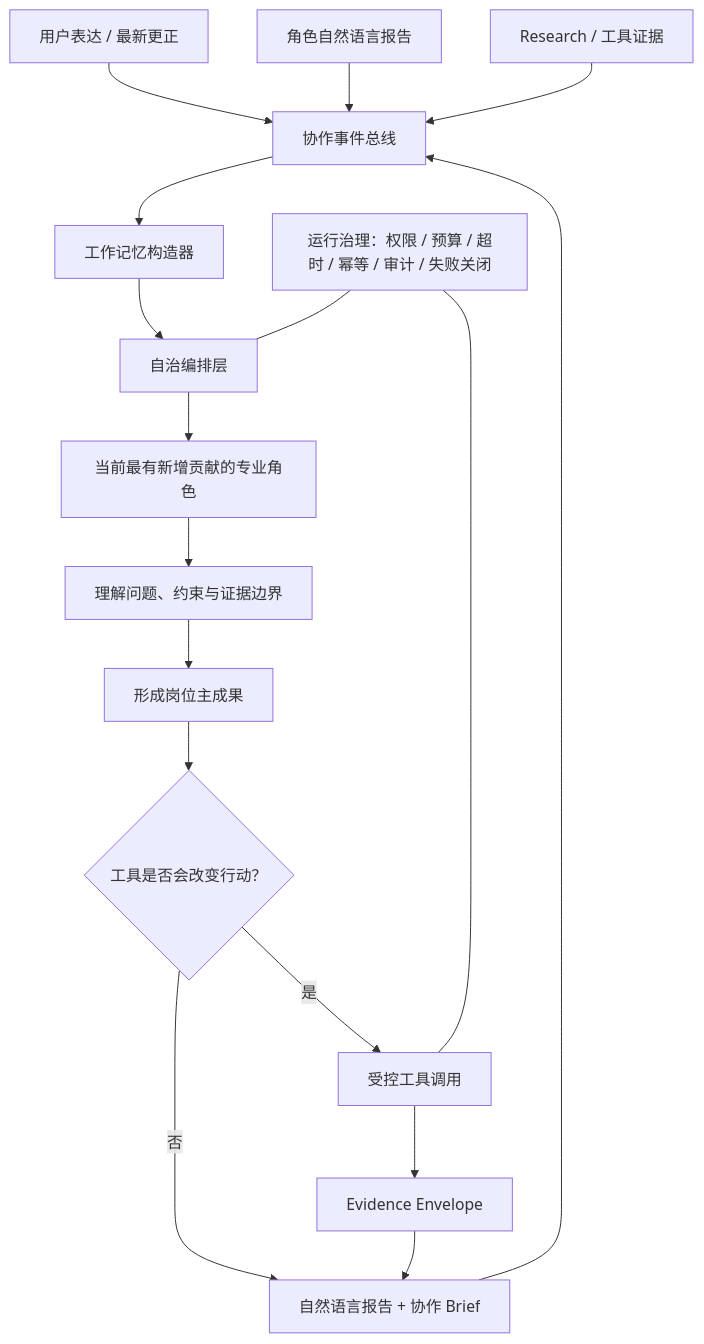
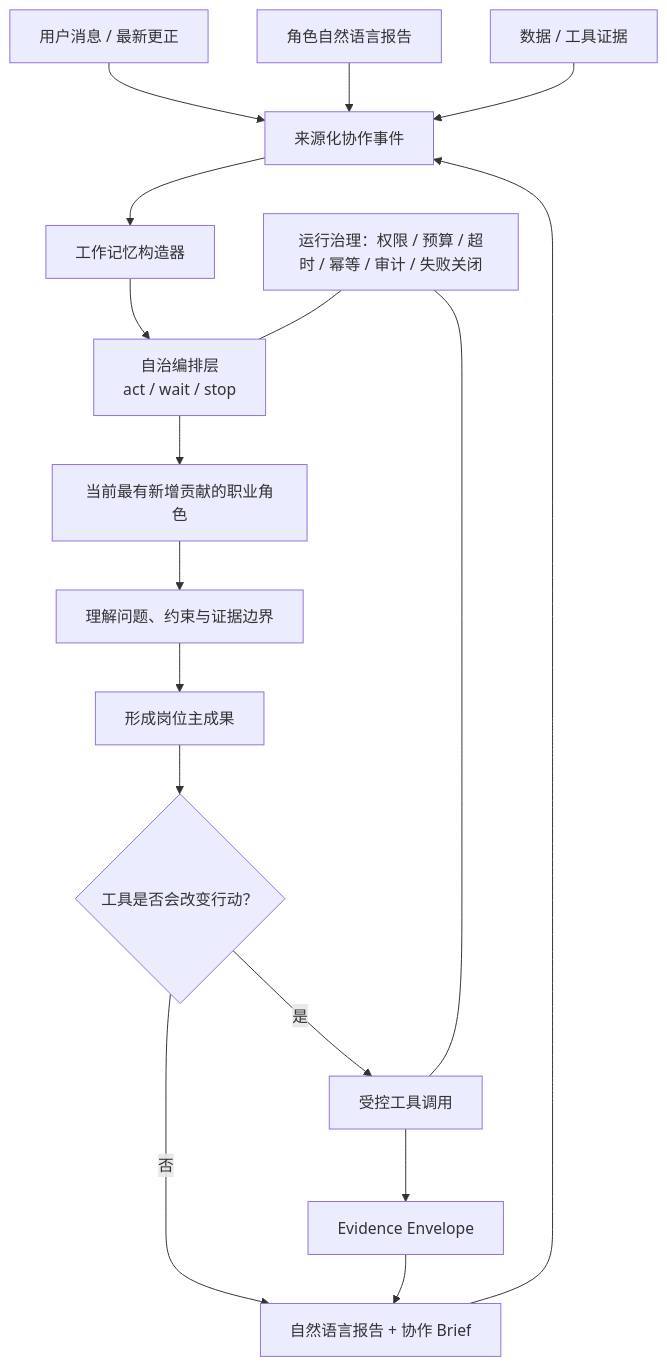
Before and after one commit to WXYNB66/-Autonomous-Domain-Agents: the diagram in README.md, drawn with Mermaid. The commit also changed other lines of this file and 12 other files, not shown here.

````diff
--- a/README.md
+++ b/README.md
@@ -26,22 +39,19 @@
 ```mermaid
 flowchart TB
-    U[用户表达 / 最新更正] --> BUS[协作事件总线]
-    RR[角色自然语言报告] --> BUS
-    EV[Research / 工具证据] --> BUS
-
-    BUS --> MEM[工作记忆构造器]
-    MEM --> ORCH[自治编排层]
-    ORCH --> ROLE[当前最有新增贡献的专业角色]
-
-    ROLE --> UNDERSTAND[理解问题、约束与证据边界]
-    UNDERSTAND --> OUTCOME[形成岗位主成果]
-    OUTCOME --> VALUE{工具是否会改变行动？}
-    VALUE -- 否 --> REPORT[自然语言报告 + 协作 Brief]
-    VALUE -- 是 --> TOOL[受控工具调用]
-    TOOL --> EVIDENCE[Evidence Envelope]
-    EVIDENCE --> REPORT
-    REPORT --> BUS
-
-    GOV[运行治理：权限 / 预算 / 超时 / 幂等 / 审计 / 失败关闭] --- ORCH
-    GOV --- TOOL
+    U[用户消息 / 最新更正] --> E[来源化协作事件]
+    R[角色自然语言报告] --> E
+    X[数据 / 工具证据] --> E
+    E --> M[工作记忆构造器]
+    M --> O[自治编排层\nact / wait / stop]
+    O --> A[当前最有新增贡献的职业角色]
+    A --> I[理解问题、约束与证据边界]
+    I --> P[形成岗位主成果]
+    P --> T{工具是否会改变行动？}
+    T -- 否 --> H[自然语言报告 + 协作 Brief]
+    T -- 是 --> G[受控工具调用]
+    G --> V[Evidence Envelope]
+    V --> H
+    H --> E
+    K[运行治理：权限 / 预算 / 超时 / 幂等 / 审计 / 失败关闭] --- O
+    K --- G
 ```
````
